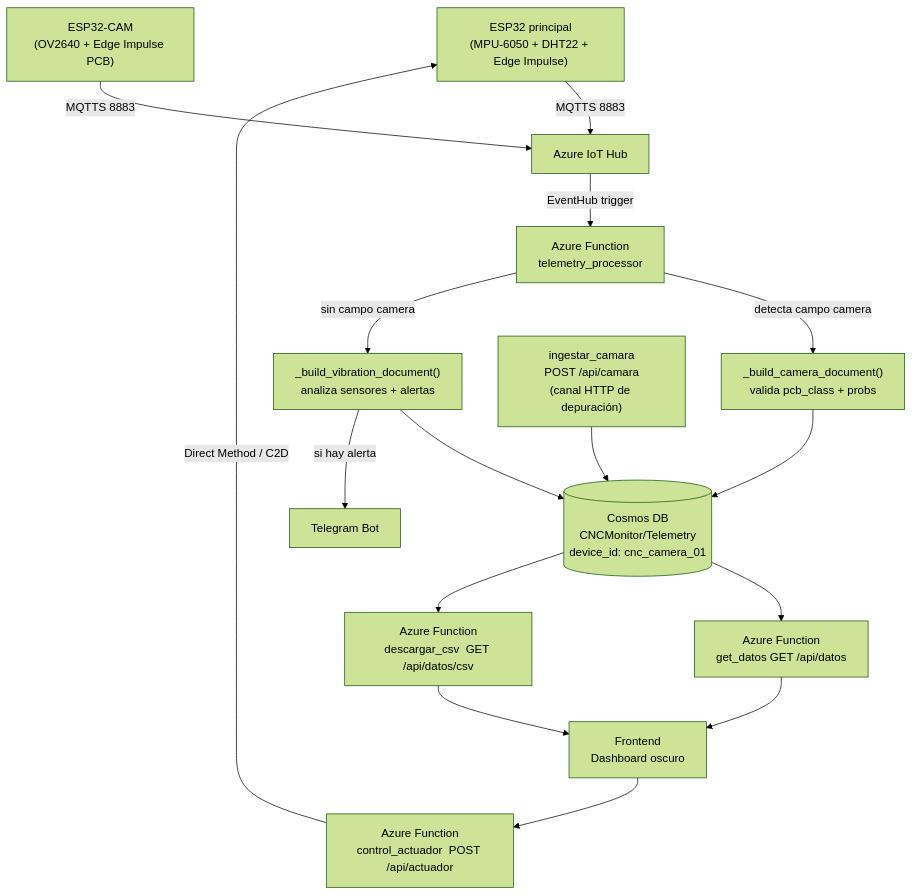
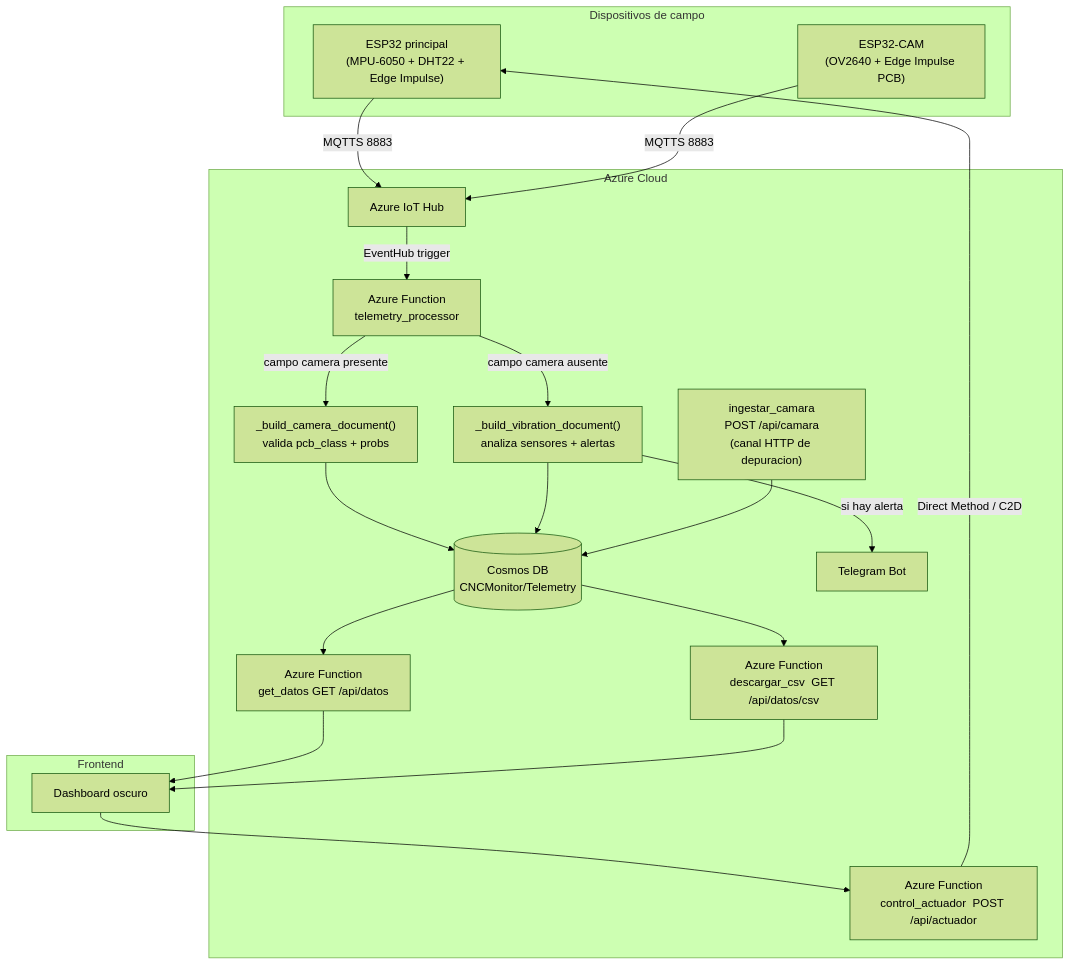
One commit to Deivs117/IoT_CNC_Monitoring changed the first of 3 diagrams in README.md. Above: the diagram before and after it, drawn with Mermaid (forest theme). The commit also changed other lines of this file and 8 other files, not shown here.

````diff
--- a/README.md
+++ b/README.md
@@ -17,24 +17,40 @@
 ```mermaid
 graph TD
-    A["ESP32 principal\n(MPU-6050 + DHT22 + Edge Impulse)"] -->|MQTTS 8883| B[Azure IoT Hub]
-    C["ESP32-CAM\n(OV2640 + Edge Impulse PCB)"] -->|MQTTS 8883| B
+    subgraph Firmware["Dispositivos de campo"]
+        A["ESP32 principal\n(MPU-6050 + DHT22 + Edge Impulse)"]
+        C["ESP32-CAM\n(OV2640 + Edge Impulse PCB)"]
+    end
 
-    B -->|EventHub trigger| D["Azure Function\ntelemetry_processor"]
+    subgraph AzureCloud["Azure Cloud"]
+        B[Azure IoT Hub]
+        D["Azure Function\ntelemetry_processor"]
+        E1["_build_camera_document()\nvalida pcb_class + probs"]
+        E2["_build_vibration_document()\nanaliza sensores + alertas"]
+        F[("Cosmos DB\nCNCMonitor/Telemetry")]
+        G[Telegram Bot]
+        H["Azure Function\nget_datos  GET /api/datos"]
+        I["Azure Function\ndescargar_csv  GET /api/datos/csv"]
+        K["Azure Function\ncontrol_actuador  POST /api/actuador"]
+        L["ingestar_camara\nPOST /api/camara\n(canal HTTP de depuracion)"]
+    end
 
-    D -->|detecta campo camera| E1["_build_camera_document()\nvalida pcb_class + probs"]
-    D -->|sin campo camera| E2["_build_vibration_document()\nanaliza sensores + alertas"]
+    subgraph Frontend["Frontend"]
+        J["Dashboard oscuro"]
+    end
 
-    E1 --> F[("Cosmos DB\nCNCMonitor/Telemetry\ndevice_id: cnc_camera_01")]
+    A -->|MQTTS 8883| B
+    C -->|MQTTS 8883| B
+    B -->|EventHub trigger| D
+    D -->|campo camera presente| E1
+    D -->|campo camera ausente| E2
+    E1 --> F
     E2 --> F
-    E2 -->|si hay alerta| G[Telegram Bot]
-
-    F --> H["Azure Function\nget_datos  GET /api/datos"]
-    F --> I["Azure Function\ndescargar_csv  GET /api/datos/csv"]
-    H --> J["Frontend\nDashboard oscuro"]
+    E2 -->|si hay alerta| G
+    F --> H
+    F --> I
+    H --> J
     I --> J
-
-    K["Azure Function\ncontrol_actuador  POST /api/actuador"] -->|Direct Method / C2D| A
     J --> K
-
-    L["ingestar_camara\nPOST /api/camara\n(canal HTTP de depuración)"] --> F
+    K -->|Direct Method / C2D| A
+    L --> F
 ```
````
